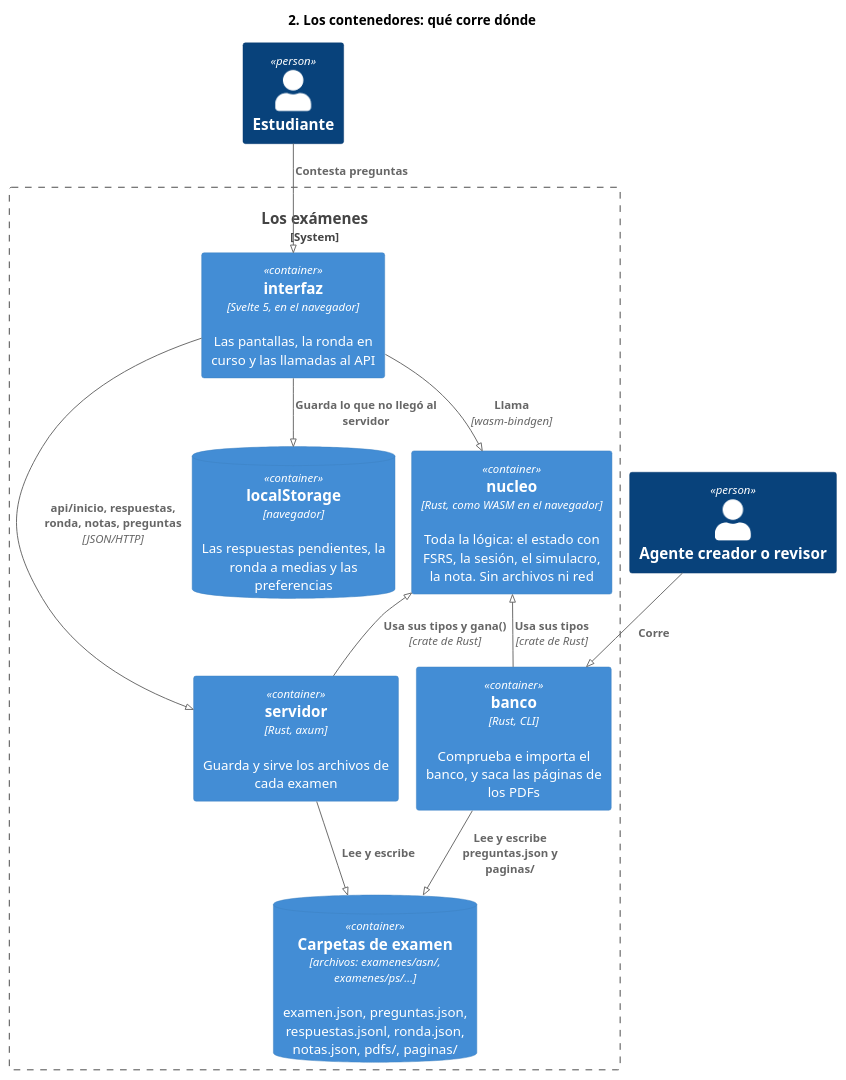
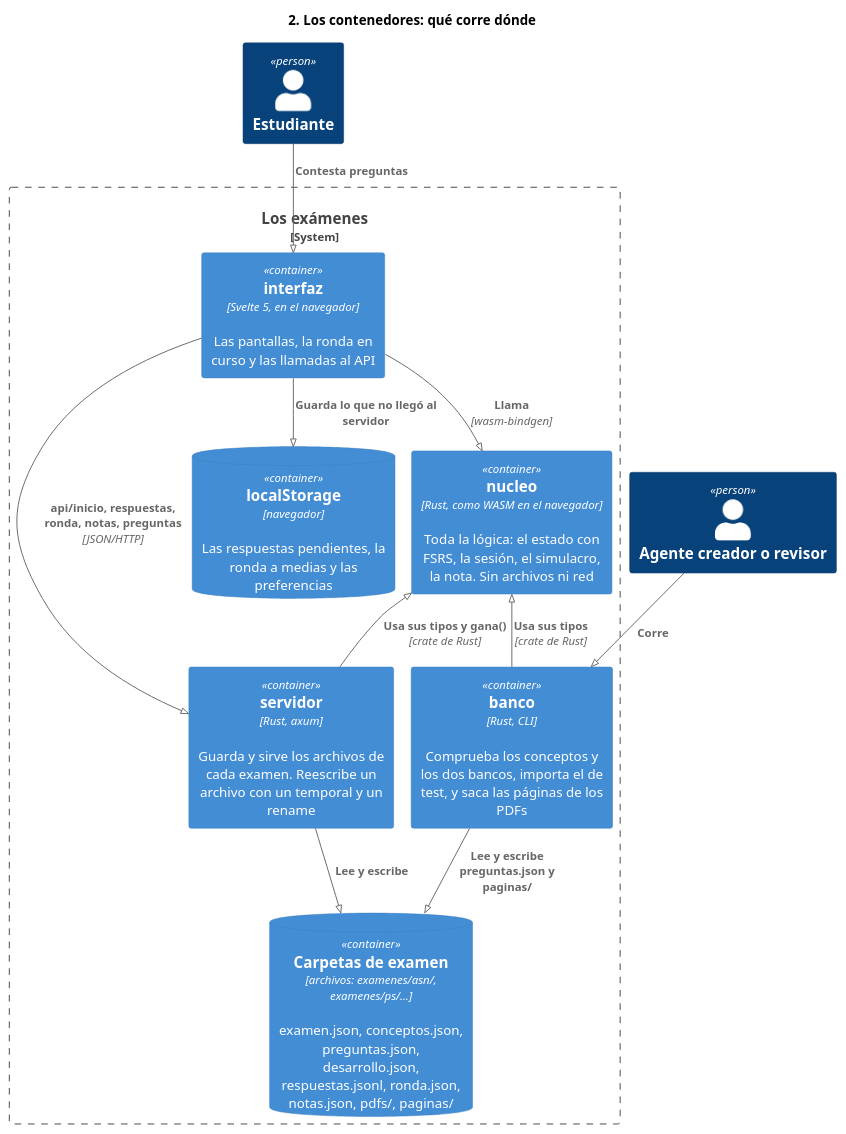
Before and after one commit to jfdg01/examenes: the diagram in docs/diagramas/2-contenedores.puml, drawn with PlantUML. The commit also changed 2 other files, not shown here.

Commit message:
chore: los diagramas recogen conceptos.json, desarrollo.json y la escritura con un temporal
Claude-Session: https://claude.ai/code/session_01H2CpDfKHvtvjWT3iaBVuDP

```diff
--- a/docs/diagramas/2-contenedores.puml
+++ b/docs/diagramas/2-contenedores.puml
@@ -1,27 +1,27 @@
 @startuml 2-contenedores
 !pragma layout smetana
 !include <C4/C4_Container>
 title 2. Los contenedores: qué corre dónde
 
 Person(estudiante, "Estudiante")
 Person(agente, "Agente creador o revisor")
 
 System_Boundary(app, "Los exámenes") {
   Container(interfaz, "interfaz", "Svelte 5, en el navegador", "Las pantallas, la ronda en curso y las llamadas al API")
   Container(nucleo, "nucleo", "Rust, como WASM en el navegador", "Toda la lógica: el estado con FSRS, la sesión, el simulacro, la nota. Sin archivos ni red")
   ContainerDb(local, "localStorage", "navegador", "Las respuestas pendientes, la ronda a medias y las preferencias")
-  Container(servidor, "servidor", "Rust, axum", "Guarda y sirve los archivos de cada examen")
-  Container(banco, "banco", "Rust, CLI", "Comprueba e importa el banco, y saca las páginas de los PDFs")
-  ContainerDb(carpetas, "Carpetas de examen", "archivos: examenes/asn/, examenes/ps/…", "examen.json, preguntas.json, respuestas.jsonl, ronda.json, notas.json, pdfs/, paginas/")
+  Container(servidor, "servidor", "Rust, axum", "Guarda y sirve los archivos de cada examen. Reescribe un archivo con un temporal y un rename")
+  Container(banco, "banco", "Rust, CLI", "Comprueba los conceptos y los dos bancos, importa el de test, y saca las páginas de los PDFs")
+  ContainerDb(carpetas, "Carpetas de examen", "archivos: examenes/asn/, examenes/ps/…", "examen.json, conceptos.json, preguntas.json, desarrollo.json, respuestas.jsonl, ronda.json, notas.json, pdfs/, paginas/")
 }
 
 Rel(estudiante, interfaz, "Contesta preguntas")
 Rel(interfaz, nucleo, "Llama", "wasm-bindgen")
 Rel(interfaz, local, "Guarda lo que no llegó al servidor")
 Rel(interfaz, servidor, "api/inicio, respuestas, ronda, notas, preguntas", "JSON/HTTP")
 Rel(servidor, carpetas, "Lee y escribe")
 Rel(agente, banco, "Corre")
 Rel(banco, carpetas, "Lee y escribe preguntas.json y paginas/")
 Rel_U(servidor, nucleo, "Usa sus tipos y gana()", "crate de Rust")
 Rel_U(banco, nucleo, "Usa sus tipos", "crate de Rust")
 @enduml
```
